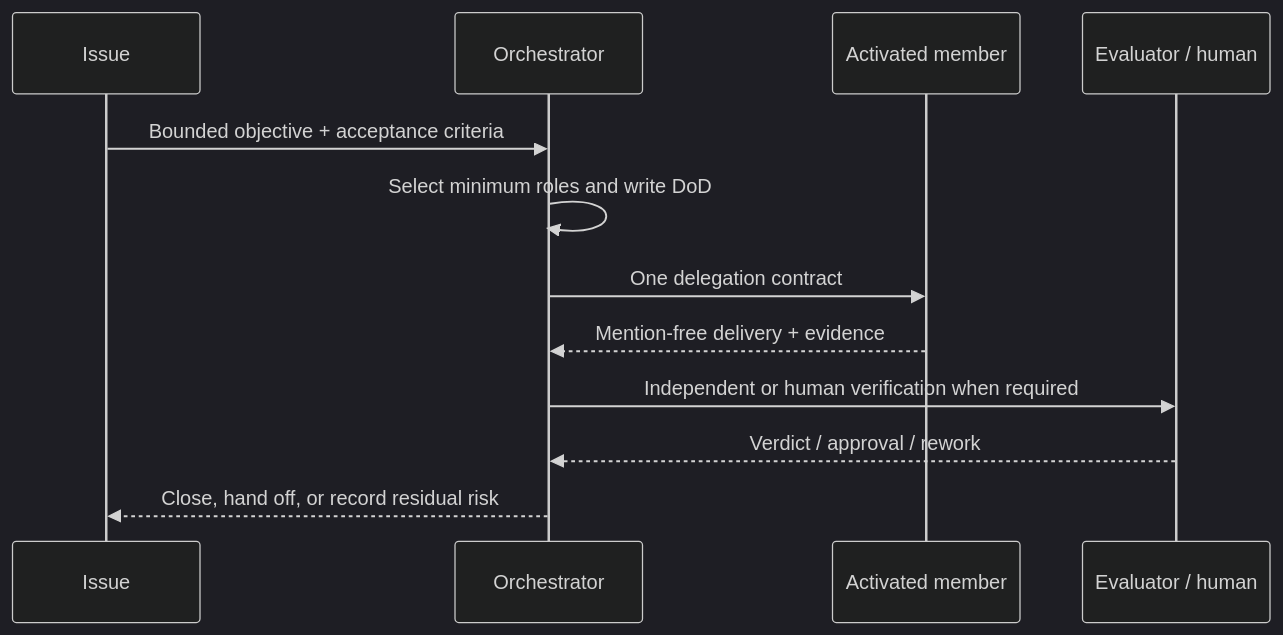
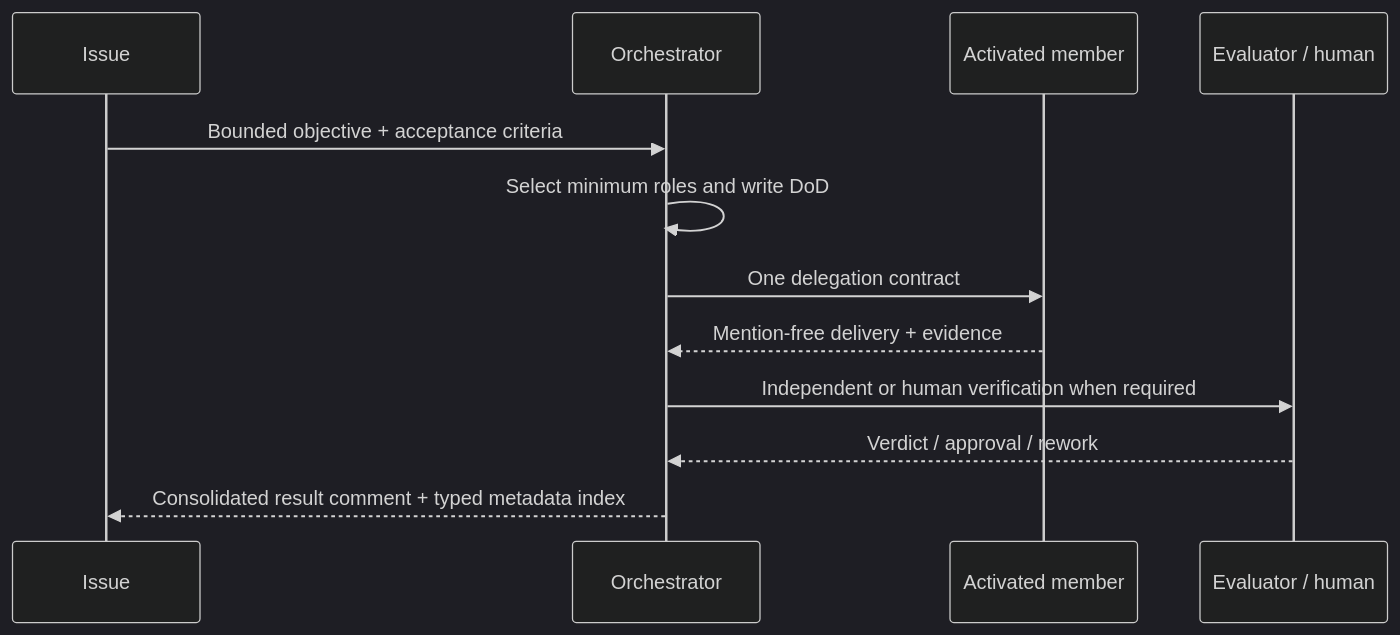
The second of 2 diagrams in README.en.md (stone16/multica-agent-team), drawn with Mermaid (dark theme) before and after one commit. The commit also changed other lines of this file and 11 other files, not shown here.

````diff
--- a/README.en.md
+++ b/README.en.md
@@ -60,14 +60,14 @@
 ```mermaid
 sequenceDiagram
     participant I as Issue
     participant O as Orchestrator
     participant M as Activated member
     participant V as Evaluator / human
     I->>O: Bounded objective + acceptance criteria
     O->>O: Select minimum roles and write DoD
     O->>M: One delegation contract
     M-->>O: Mention-free delivery + evidence
     O->>V: Independent or human verification when required
     V-->>O: Verdict / approval / rework
-    O-->>I: Close, hand off, or record residual risk
+    O-->>I: Consolidated result comment + typed metadata index
 ```
````
